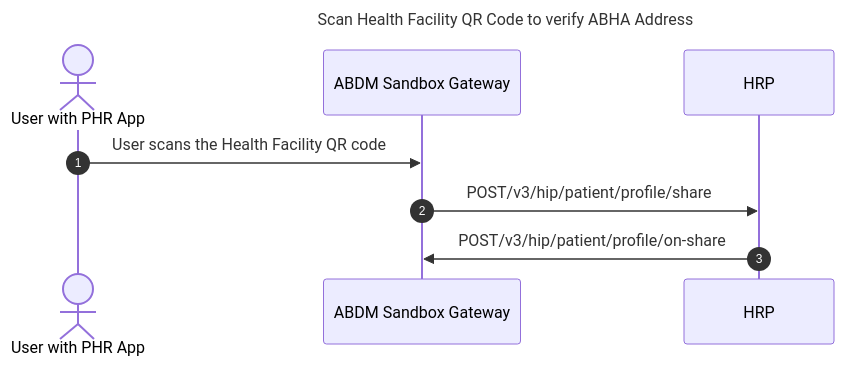
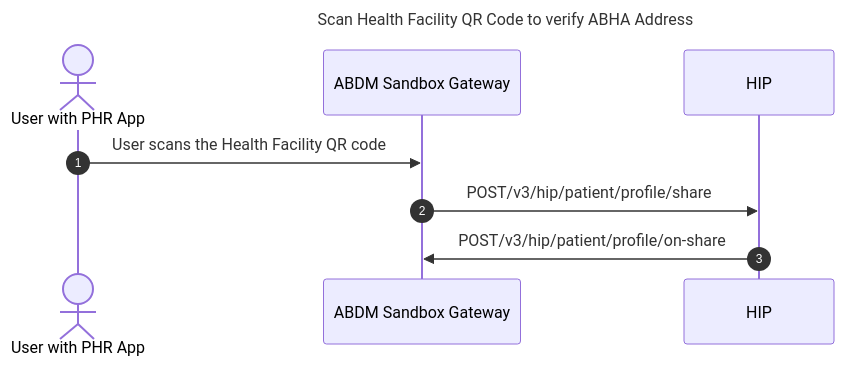
The first of 2 diagrams in content/2-milestone1/verify-abha-address/health-facility-qr-scan.md (kiranma72/abdm-docs), drawn with Mermaid before and after one commit. The commit also changed other lines of this file, not shown here.

Commit message:
added seq diagram

```diff
--- a/content/2-milestone1/verify-abha-address/health-facility-qr-scan.md
+++ b/content/2-milestone1/verify-abha-address/health-facility-qr-scan.md
@@ -91,9 +104,9 @@
 {{< mermaid >}}
 %%{init:{"fontSize": "1.0rem", "sequence":{"showSequenceNumbers":true}}}%%
 sequenceDiagram
 title Scan Health Facility QR Code to verify ABHA Address
 actor User with PHR App
 User with PHR App->>ABDM Sandbox Gateway:User scans the Health Facility QR code
-ABDM Sandbox Gateway->>HRP:POST/v3/hip/patient/profile/share
-HRP->>ABDM Sandbox Gateway:POST/v3/hip/patient/profile/on-share
+ABDM Sandbox Gateway->>HIP:POST/v3/hip/patient/profile/share
+HIP->>ABDM Sandbox Gateway:POST/v3/hip/patient/profile/on-share
 {{< /mermaid >}}
```
